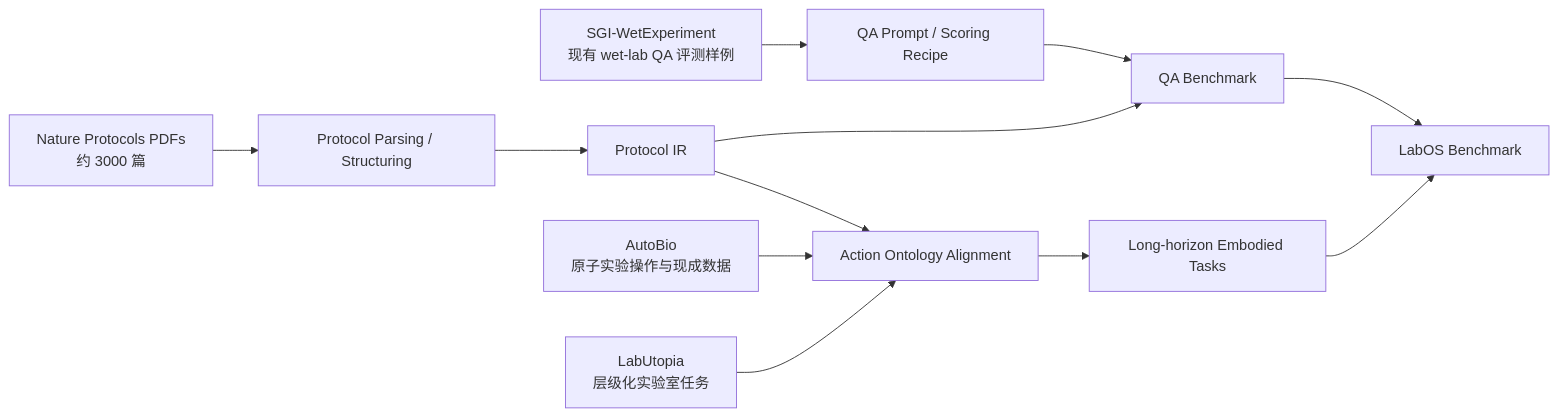
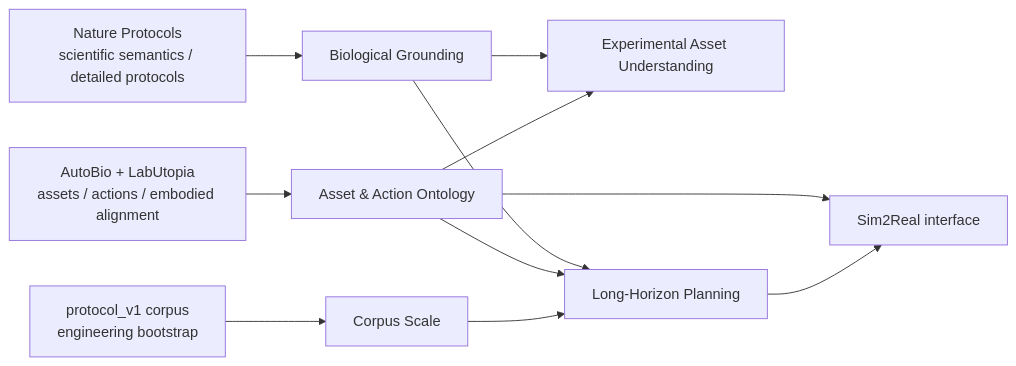
One commit to black-yt/LabOS changed the first of 2 diagrams in README.md. Above: the diagram before and after it, drawn with Mermaid. The commit also changed other lines of this file, not shown here.

Commit message:
Revise benchmark design and planning eval

````diff
--- a/README.md
+++ b/README.md
@@ -21,16 +23,16 @@
 ```mermaid
 flowchart LR
-    A[Nature Protocols PDFs<br/>约 3000 篇] --> B[Protocol Parsing / Structuring]
-    C[SGI-WetExperiment<br/>现有 wet-lab QA 评测样例] --> D[QA Prompt / Scoring Recipe]
-    B --> E[Protocol IR]
-    D --> F[QA Benchmark]
-    E --> F
+    A[Nature Protocols<br/>scientific semantics / detailed protocols] --> B[Biological Grounding]
+    C[AutoBio + LabUtopia<br/>assets / actions / embodied alignment] --> D[Asset & Action Ontology]
+    E[protocol_v1 corpus<br/>engineering bootstrap] --> F[Corpus Scale]
 
-    G[AutoBio<br/>原子实验操作与现成数据] --> H[Action Ontology Alignment]
-    I[LabUtopia<br/>层级化实验室任务] --> H
-    E --> H
-    H --> J[Long-horizon Embodied Tasks]
+    B --> G[Experimental Asset Understanding]
+    D --> G
 
-    F --> K[LabOS Benchmark]
-    J --> K
+    B --> H[Long-Horizon Planning]
+    D --> H
+    F --> H
+
+    D --> I[Sim2Real interface]
+    H --> I
 ```
````
